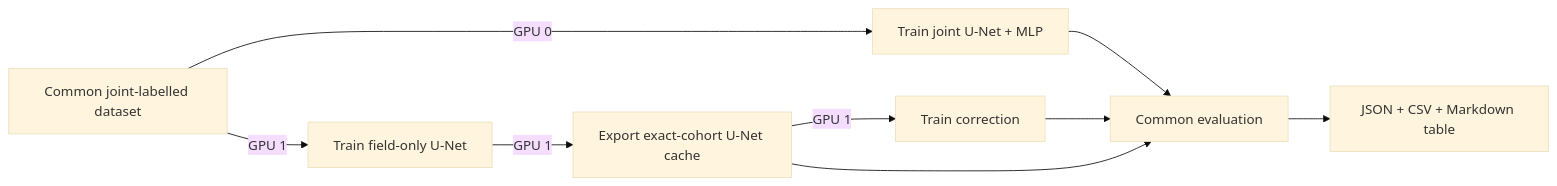
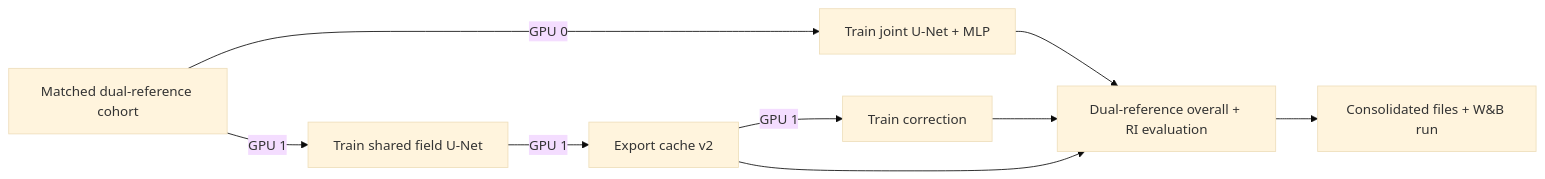
The diagram in docs/experiments/intensity-comparison.md (simon-donike/geo2wf), drawn with Mermaid (base theme) before and after one commit. The commit also changed other lines of this file and 32 other files, not shown here.

````diff
--- a/docs/experiments/intensity-comparison.md
+++ b/docs/experiments/intensity-comparison.md
@@ -31,12 +81,12 @@
 ```mermaid
 flowchart LR
-  D[Common joint-labelled dataset]
+  D[Matched dual-reference cohort]
   D -->|GPU 0| J[Train joint U-Net + MLP]
-  D -->|GPU 1| U[Train field-only U-Net]
-  U -->|GPU 1| C[Export exact-cohort U-Net cache]
+  D -->|GPU 1| U[Train shared field U-Net]
+  U -->|GPU 1| C[Export cache v2]
   C -->|GPU 1| R[Train correction]
-  J --> E[Common evaluation]
+  J --> E[Dual-reference overall + RI evaluation]
   R --> E
   C --> E
-  E --> T[JSON + CSV + Markdown table]
+  E --> W[Consolidated files + W&B run]
 ```
````
